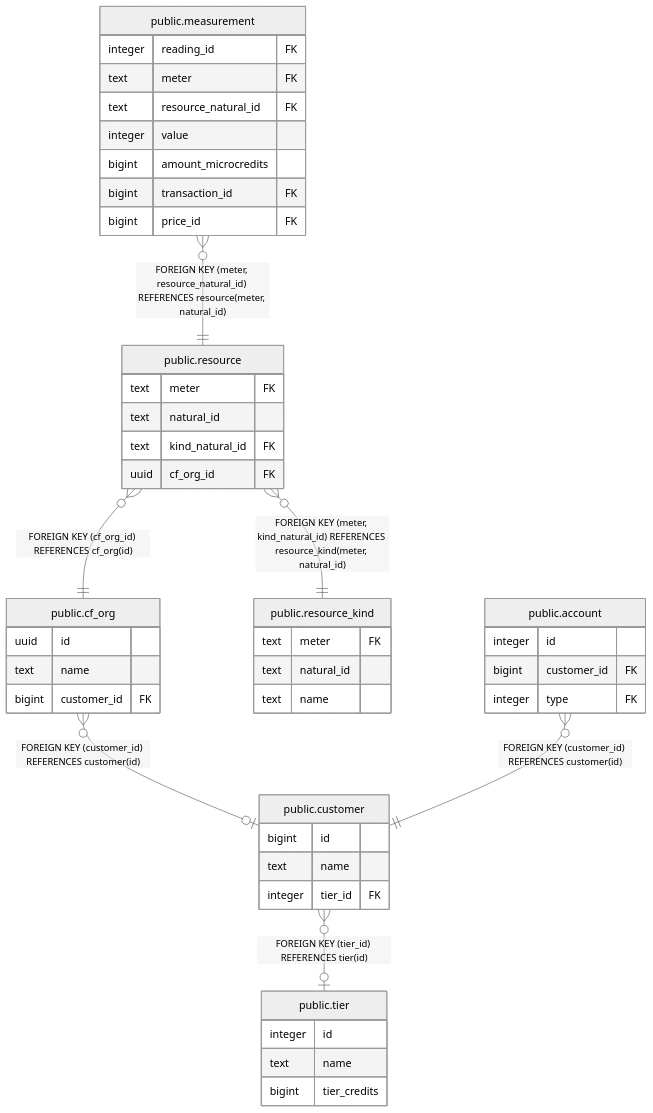
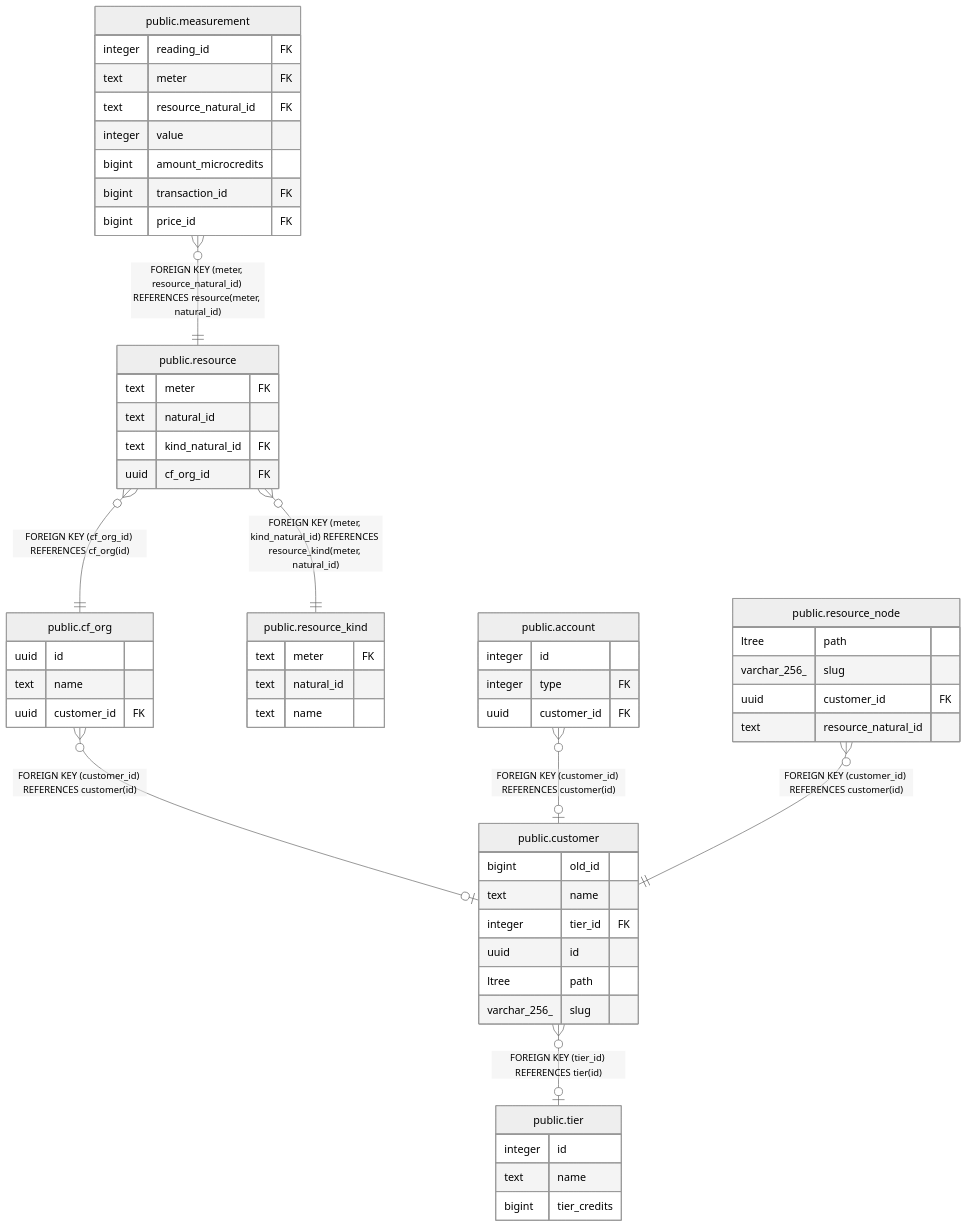
One commit to cloud-gov/billing changed the diagram in docs/db-schema/public.cf_org.md. Above: the diagram before and after it, drawn with Mermaid (neutral theme). The commit also changed other lines of this file and 15 other files, not shown here.

````diff
--- a/docs/db-schema/public.cf_org.md
+++ b/docs/db-schema/public.cf_org.md
@@ -29,51 +29,61 @@
 ```mermaid
 erDiagram
 
 "public.resource" }o--|| "public.cf_org" : "FOREIGN KEY (cf_org_id) REFERENCES cf_org(id)"
 "public.resource" }o--|| "public.resource_kind" : "FOREIGN KEY (meter, kind_natural_id) REFERENCES resource_kind(meter, natural_id)"
 "public.measurement" }o--|| "public.resource" : "FOREIGN KEY (meter, resource_natural_id) REFERENCES resource(meter, natural_id)"
 "public.cf_org" }o--o| "public.customer" : "FOREIGN KEY (customer_id) REFERENCES customer(id)"
-"public.account" }o--|| "public.customer" : "FOREIGN KEY (customer_id) REFERENCES customer(id)"
 "public.customer" }o--o| "public.tier" : "FOREIGN KEY (tier_id) REFERENCES tier(id)"
+"public.account" }o--o| "public.customer" : "FOREIGN KEY (customer_id) REFERENCES customer(id)"
+"public.resource_node" }o--|| "public.customer" : "FOREIGN KEY (customer_id) REFERENCES customer(id)"
 
 "public.cf_org" {
   uuid id
   text name
-  bigint customer_id FK
+  uuid customer_id FK
 }
 "public.resource" {
   text meter FK
   text natural_id
   text kind_natural_id FK
   uuid cf_org_id FK
 }
 "public.resource_kind" {
   text meter FK
   text natural_id
   text name
 }
 "public.measurement" {
   integer reading_id FK
   text meter FK
   text resource_natural_id FK
   integer value
   bigint amount_microcredits
   bigint transaction_id FK
   bigint price_id FK
 }
 "public.customer" {
-  bigint id
+  bigint old_id
   text name
   integer tier_id FK
-}
-"public.account" {
-  integer id
-  bigint customer_id FK
-  integer type FK
+  uuid id
+  ltree path
+  varchar_256_ slug
 }
 "public.tier" {
   integer id
   text name
   bigint tier_credits
 }
+"public.account" {
+  integer id
+  integer type FK
+  uuid customer_id FK
+}
+"public.resource_node" {
+  ltree path
+  varchar_256_ slug
+  uuid customer_id FK
+  text resource_natural_id
+}
 ```
````
